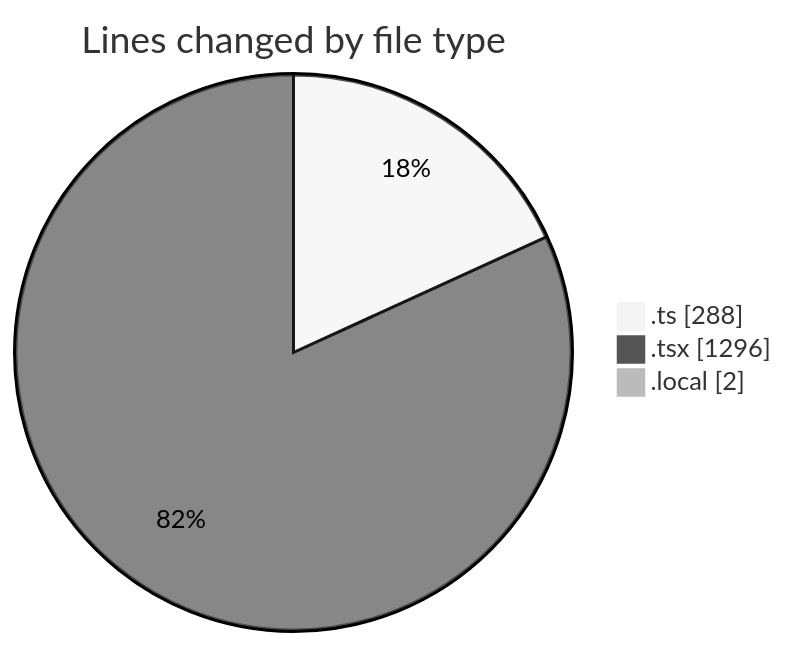
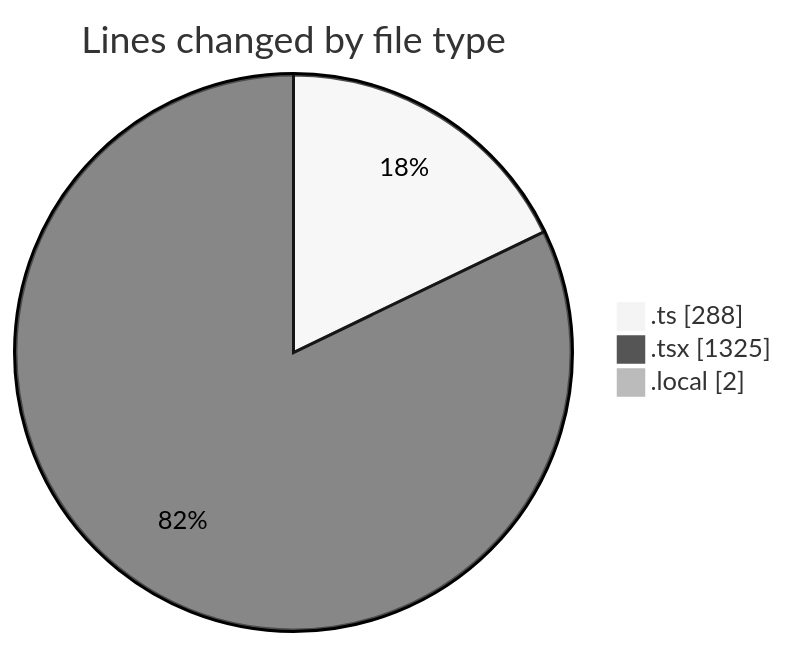
One commit to julien-gomy/code-tracking changed the first of 2 diagrams in 2025-10-28/eventscop-frontend-guide__workspace_/README.md. Above: the diagram before and after it, drawn with Mermaid (neutral theme). The commit also changed other lines of this file and 1 other file, not shown here.

````diff
--- a/2025-10-28/eventscop-frontend-guide__workspace_/README.md
+++ b/2025-10-28/eventscop-frontend-guide__workspace_/README.md
@@ -31,7 +32,7 @@
 ```mermaid
 pie showData
 title Lines changed by file type
 ".ts" : 288
-".tsx" : 1296
+".tsx" : 1325
 ".local" : 2
 ```
````
